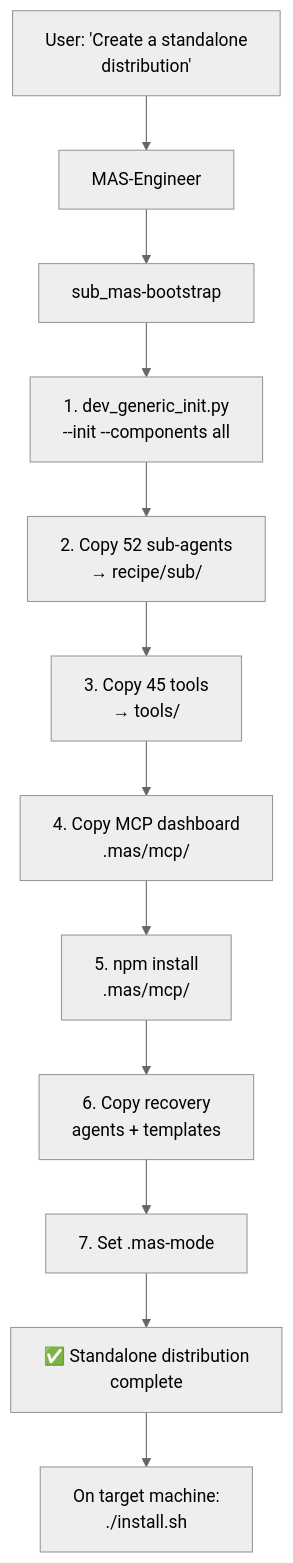
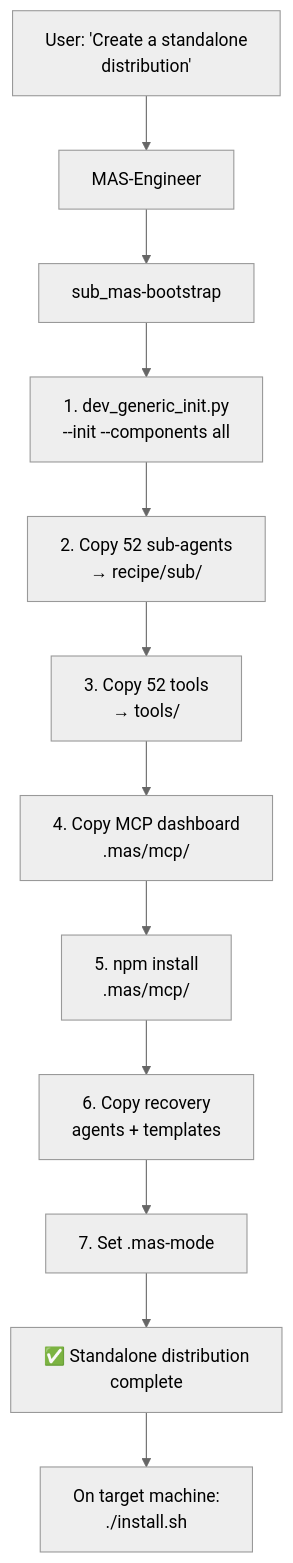
The third of 4 diagrams in docs/usage.md (mczardybon/mas-engineer), drawn with Mermaid (neutral theme) before and after one commit. The commit also changed other lines of this file and 13 other files, not shown here.

First line of the commit message:
[DOCS] sync all documentation to actual repo state (52 agents, 52 tools, 11 rules)

````diff
--- a/docs/usage.md
+++ b/docs/usage.md
@@ -187,14 +187,14 @@
 ```mermaid
 flowchart TD
     USER["User: 'Create a standalone\ndistribution'"] --> ENGINEER["MAS-Engineer"]
     ENGINEER --> BOOTSTRAP["sub_mas-bootstrap"]
     BOOTSTRAP --> GEN["1. dev_generic_init.py\n--init --components all"]
     GEN --> AGENTS["2. Copy 52 sub-agents\n→ recipe/sub/"]
-    AGENTS --> TOOLS["3. Copy 45 tools\n→ tools/"]
+    AGENTS --> TOOLS["3. Copy 52 tools\n→ tools/"]
     TOOLS --> MCP["4. Copy MCP dashboard\n.mas/mcp/"]
     MCP --> NPM["5. npm install\n.mas/mcp/"]
     NPM --> RECOVERY["6. Copy recovery\nagents + templates"]
     RECOVERY --> MODE["7. Set .mas-mode"]
     MODE --> DONE["✅ Standalone distribution\ncomplete"]
     DONE --> INSTALL["On target machine:\n./install.sh"]
 ```
````
